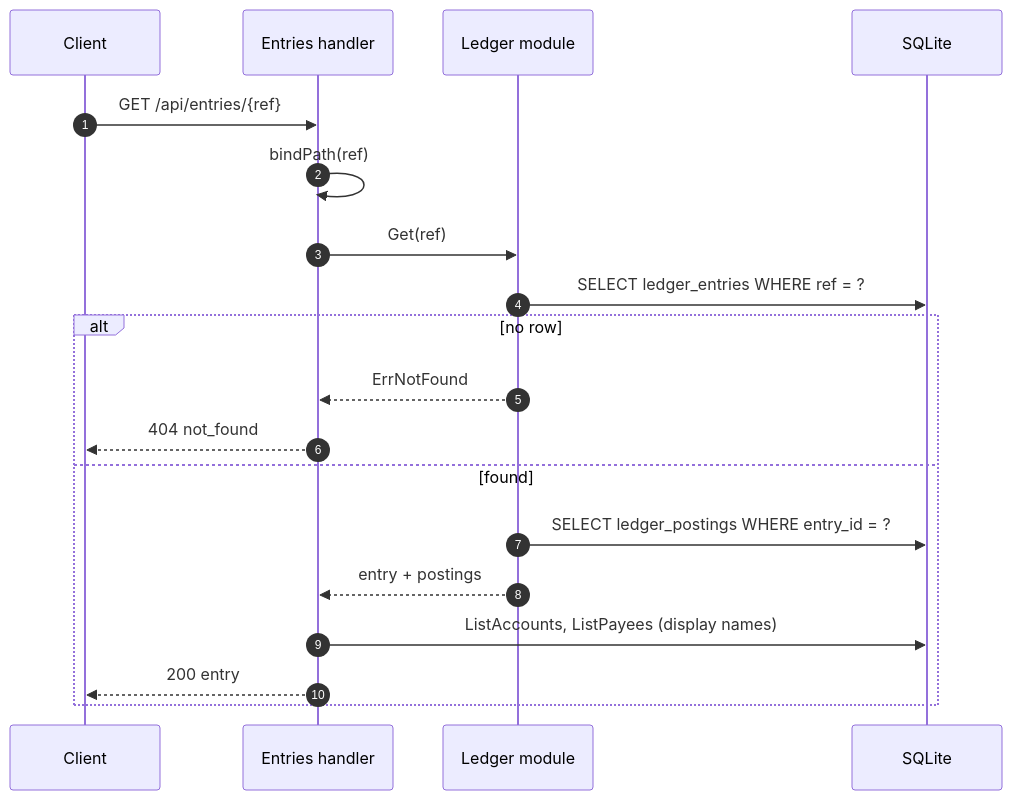
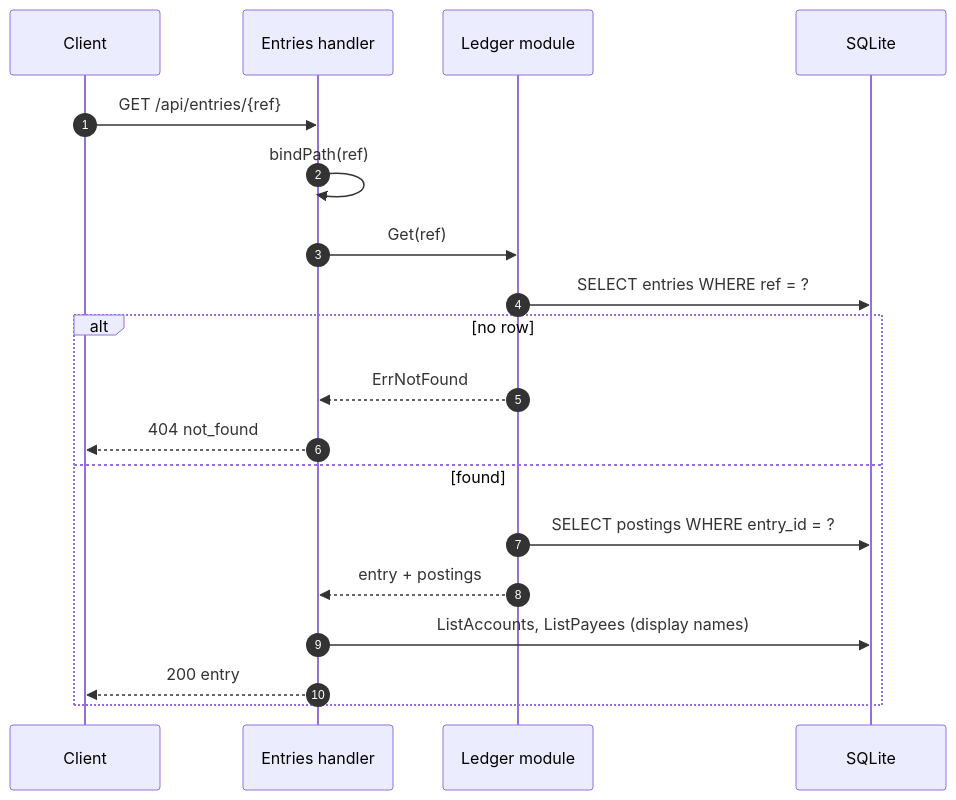
Before and after one commit to dimasbaguspm/spenicle: the diagram in docs/endpoints/GET_api_entries_ref.md, drawn with Mermaid. The commit also changed other lines of this file and 113 other files, not shown here.

````diff
--- a/docs/endpoints/GET_api_entries_ref.md
+++ b/docs/endpoints/GET_api_entries_ref.md
@@ -73,21 +73,21 @@
 ```mermaid
 sequenceDiagram
     autonumber
     participant C as Client
     participant H as Entries handler
     participant L as Ledger module
     participant DB as SQLite
     C->>H: GET /api/entries/{ref}
     H->>H: bindPath(ref)
     H->>L: Get(ref)
-    L->>DB: SELECT ledger_entries WHERE ref = ?
+    L->>DB: SELECT entries WHERE ref = ?
     alt no row
         L-->>H: ErrNotFound
         H-->>C: 404 not_found
     else found
-        L->>DB: SELECT ledger_postings WHERE entry_id = ?
+        L->>DB: SELECT postings WHERE entry_id = ?
         L-->>H: entry + postings
         H->>DB: ListAccounts, ListPayees (display names)
         H-->>C: 200 entry
     end
 ```
````
